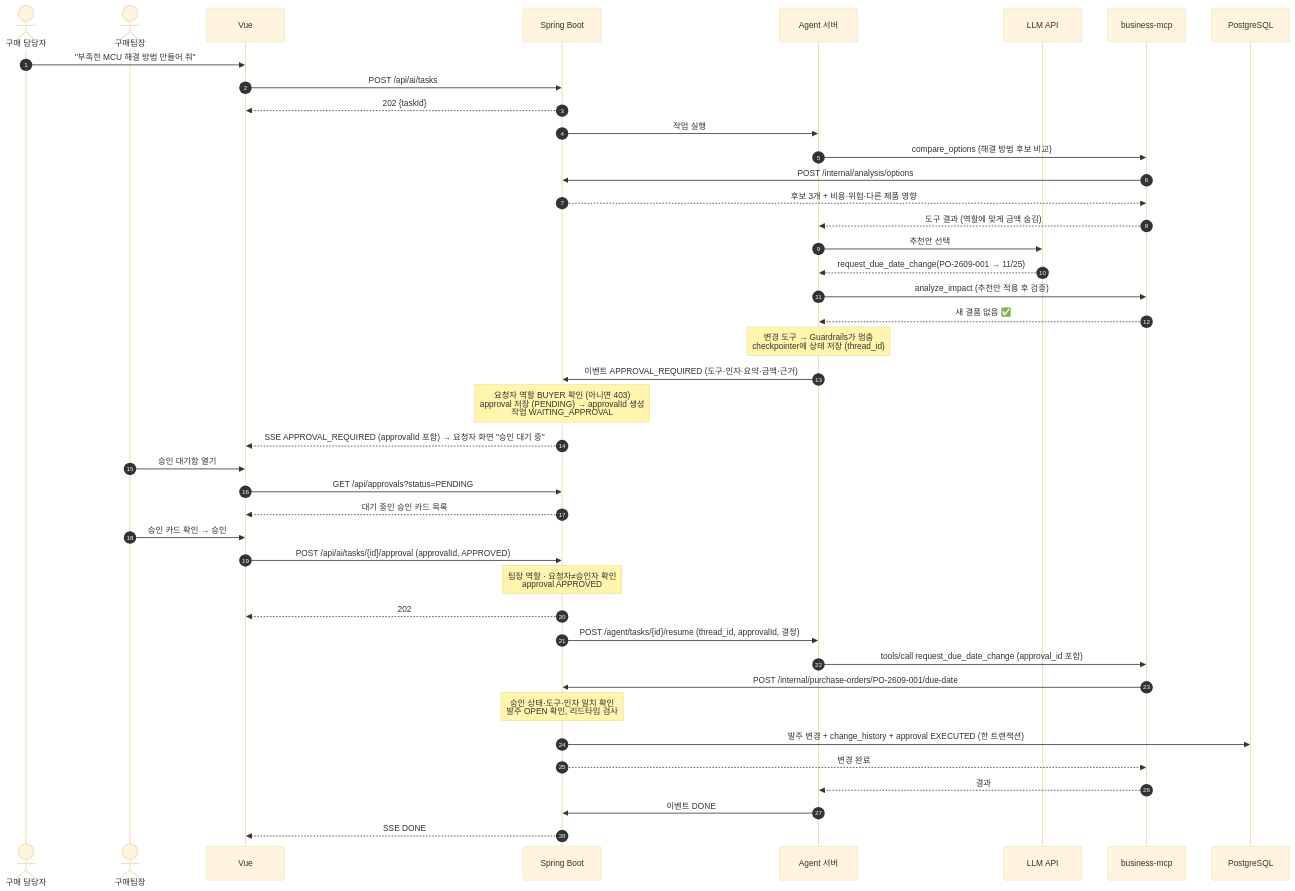
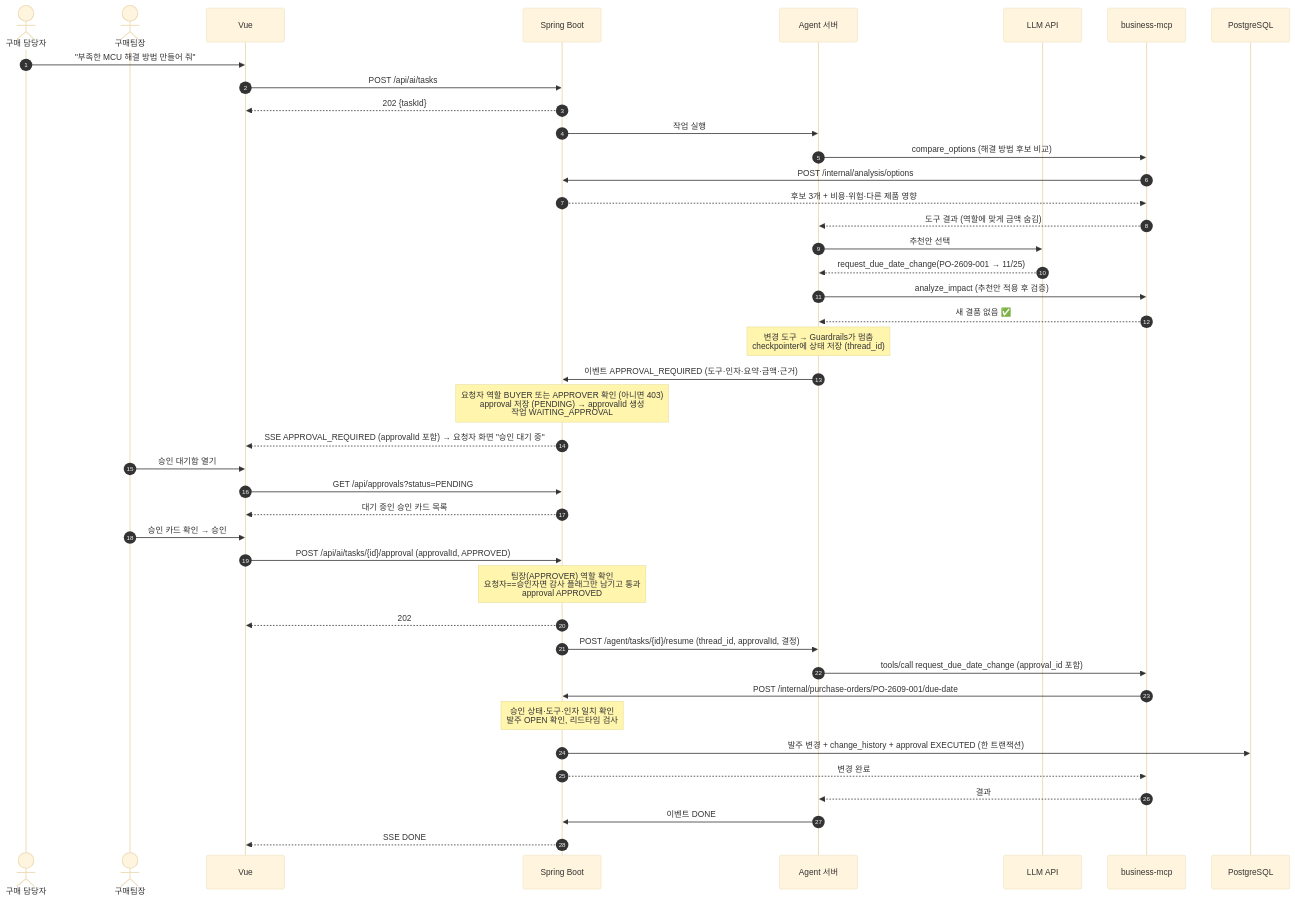
The fourth of 7 diagrams in docs/BOM_Agent_아키텍처.md (skala2-bom/ai-agent-capstone), drawn with Mermaid (base theme) before and after one commit. The commit also changed other lines of this file and 14 other files, not shown here.

````diff
--- a/docs/BOM_Agent_아키텍처.md
+++ b/docs/BOM_Agent_아키텍처.md
@@ -248,45 +274,45 @@
 ```mermaid
 sequenceDiagram
     autonumber
     actor BY as 구매 담당자
     actor AP as 구매팀장
     participant FE as Vue
     participant BE as Spring Boot
     participant AG as Agent 서버
     participant LLM as LLM API
     participant BM as business-mcp
     participant DB as PostgreSQL
 
     BY->>FE: "부족한 MCU 해결 방법 만들어 줘"
     FE->>BE: POST /api/ai/tasks
     BE-->>FE: 202 {taskId}
     BE->>AG: 작업 실행
     AG->>BM: compare_options (해결 방법 후보 비교)
     BM->>BE: POST /internal/analysis/options
     BE-->>BM: 후보 3개 + 비용·위험·다른 제품 영향
     BM-->>AG: 도구 결과 (역할에 맞게 금액 숨김)
     AG->>LLM: 추천안 선택
     LLM-->>AG: request_due_date_change(PO-2609-001 → 11/25)
     AG->>BM: analyze_impact (추천안 적용 후 검증)
     BM-->>AG: 새 결품 없음 ✅
     Note over AG: 변경 도구 → Guardrails가 멈춤<br/>checkpointer에 상태 저장 (thread_id)
     AG->>BE: 이벤트 APPROVAL_REQUIRED (도구·인자·요약·금액·근거)
-    Note over BE: 요청자 역할 BUYER 확인 (아니면 403)<br/>approval 저장 (PENDING) → approvalId 생성<br/>작업 WAITING_APPROVAL
+    Note over BE: 요청자 역할 BUYER 또는 APPROVER 확인 (아니면 403)<br/>approval 저장 (PENDING) → approvalId 생성<br/>작업 WAITING_APPROVAL
     BE-->>FE: SSE APPROVAL_REQUIRED (approvalId 포함) → 요청자 화면 "승인 대기 중"
     AP->>FE: 승인 대기함 열기
     FE->>BE: GET /api/approvals?status=PENDING
     BE-->>FE: 대기 중인 승인 카드 목록
     AP->>FE: 승인 카드 확인 → 승인
     FE->>BE: POST /api/ai/tasks/{id}/approval (approvalId, APPROVED)
-    Note over BE: 팀장 역할 · 요청자≠승인자 확인<br/>approval APPROVED
+    Note over BE: 팀장(APPROVER) 역할 확인<br/>요청자==승인자면 감사 플래그만 남기고 통과<br/>approval APPROVED
     BE-->>FE: 202
     BE->>AG: POST /agent/tasks/{id}/resume (thread_id, approvalId, 결정)
     AG->>BM: tools/call request_due_date_change (approval_id 포함)
     BM->>BE: POST /internal/purchase-orders/PO-2609-001/due-date
     Note over BE: 승인 상태·도구·인자 일치 확인<br/>발주 OPEN 확인, 리드타임 검사
     BE->>DB: 발주 변경 + change_history + approval EXECUTED (한 트랜잭션)
     BE-->>BM: 변경 완료
     BM-->>AG: 결과
     AG->>BE: 이벤트 DONE
     BE-->>FE: SSE DONE
 ```
````
